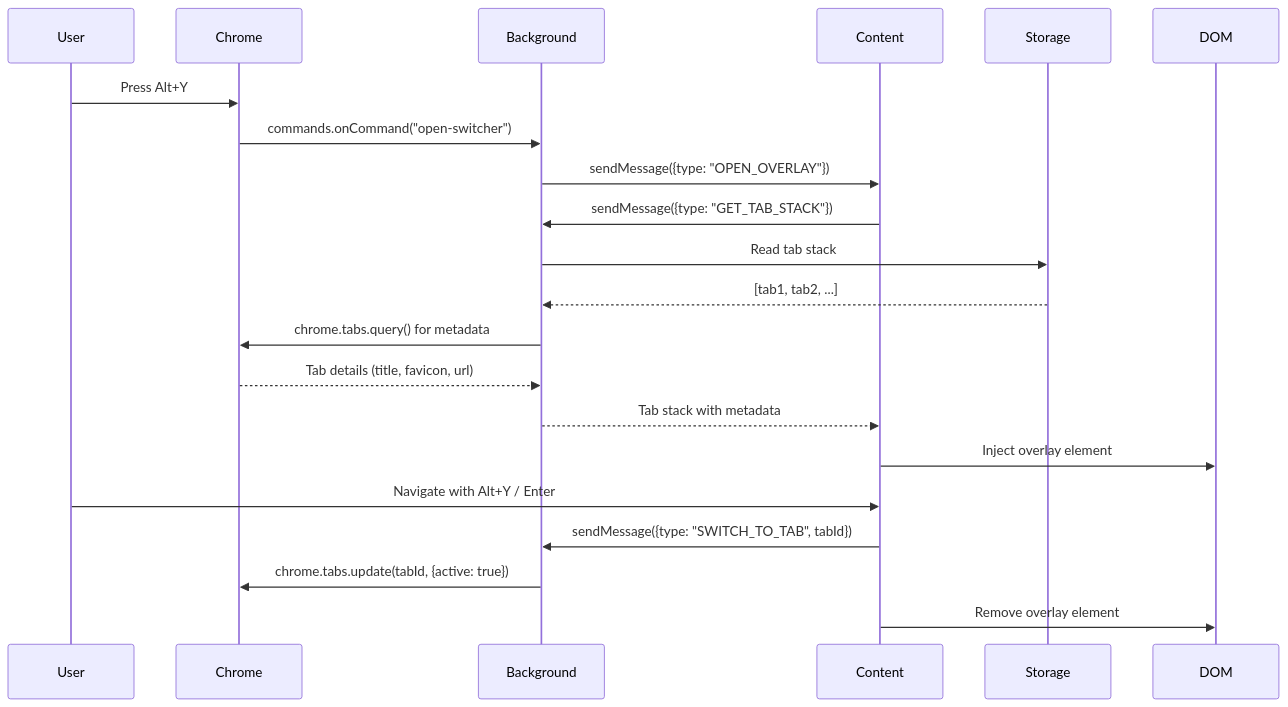
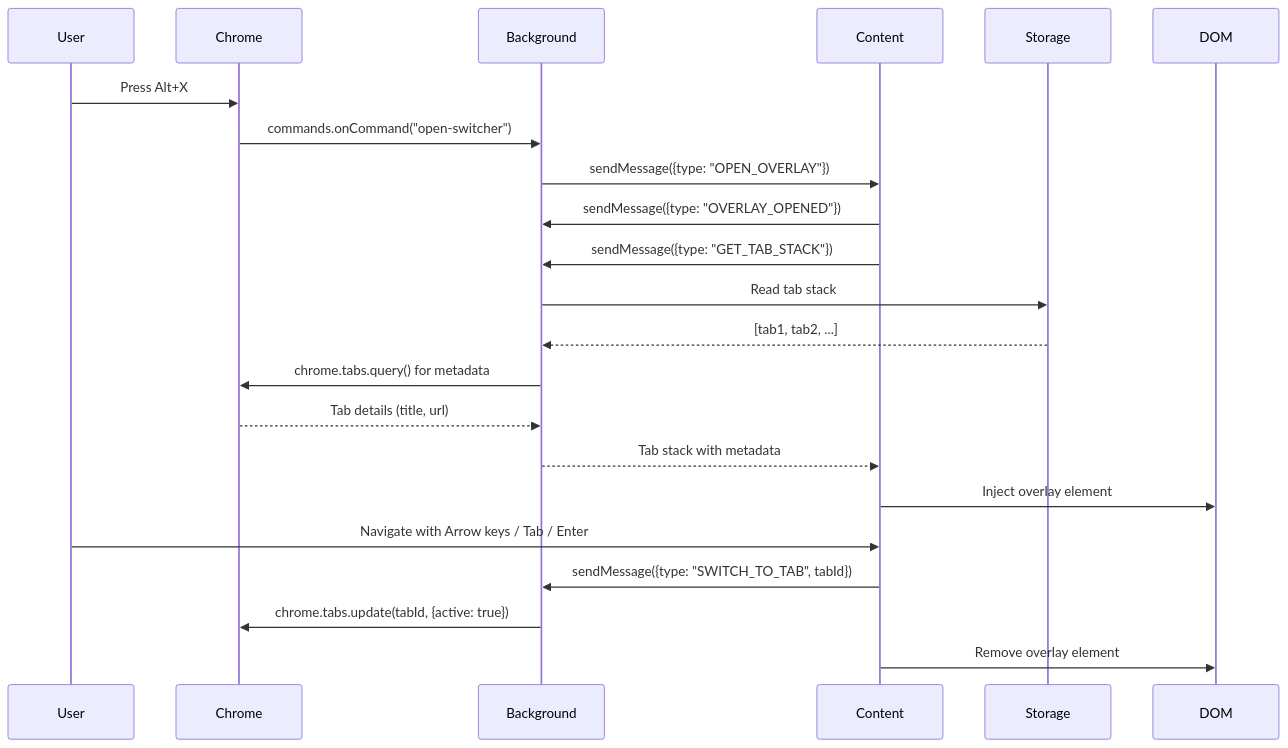
Before and after one commit to ashmit1795/chrome-tab-switcher: the third of 3 diagrams in specs/design.md, drawn with Mermaid. The commit also changed other lines of this file and 2 other files, not shown here.

````diff
--- a/specs/design.md
+++ b/specs/design.md
@@ -69,24 +69,25 @@
 ```mermaid
 sequenceDiagram
     participant User
     participant Chrome
     participant Background
     participant Content
     participant Storage
     participant DOM
     
-    User->>Chrome: Press Alt+Y
+    User->>Chrome: Press Alt+X
     Chrome->>Background: commands.onCommand("open-switcher")
     Background->>Content: sendMessage({type: "OPEN_OVERLAY"})
+    Content->>Background: sendMessage({type: "OVERLAY_OPENED"})
     Content->>Background: sendMessage({type: "GET_TAB_STACK"})
     Background->>Storage: Read tab stack
     Storage-->>Background: [tab1, tab2, ...]
     Background->>Chrome: chrome.tabs.query() for metadata
-    Chrome-->>Background: Tab details (title, favicon, url)
+    Chrome-->>Background: Tab details (title, url)
     Background-->>Content: Tab stack with metadata
     Content->>DOM: Inject overlay element
-    User->>Content: Navigate with Alt+Y / Enter
+    User->>Content: Navigate with Arrow keys / Tab / Enter
     Content->>Background: sendMessage({type: "SWITCH_TO_TAB", tabId})
     Background->>Chrome: chrome.tabs.update(tabId, {active: true})
     Content->>DOM: Remove overlay element
 ```
````
